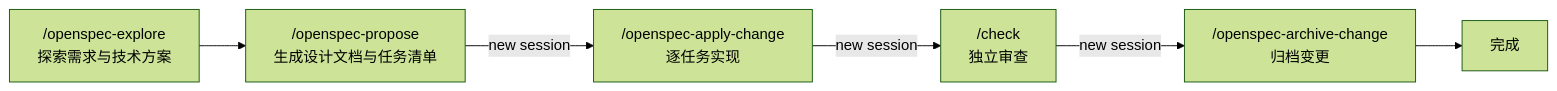
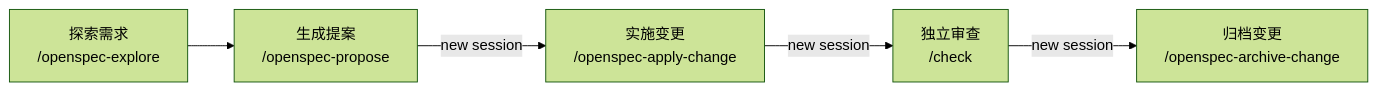
One commit to OiAnthony/dotfiles changed the diagram in README.md. Above: the diagram before and after it, drawn with Mermaid (forest theme). The commit also changed other lines of this file and 4 other files, not shown here.

````diff
--- a/README.md
+++ b/README.md
@@ -95,8 +86,10 @@
 ```mermaid
-graph LR
-    A["/openspec-explore<br/>探索需求与技术方案"] --> B["/openspec-propose<br/>生成设计文档与任务清单"]
-    B -->|new session| C["/openspec-apply-change<br/>逐任务实现"]
-    C -->|new session| D["/check<br/>独立审查"]
-    D --> |new session| E["/openspec-archive-change<br/>归档变更"]
-    E --> F[完成]
+flowchart LR
+    accTitle: OpenSpec 复杂变更工作流
+    accDescr: 从探索需求开始，依次生成提案、实施变更、独立审查，最后归档。
+
+    A[探索需求<br/>/openspec-explore] --> B[生成提案<br/>/openspec-propose]
+    B -->|new session| C[实施变更<br/>/openspec-apply-change]
+    C -->|new session| D[独立审查<br/>/check]
+    D -->|new session| E[归档变更<br/>/openspec-archive-change]
 ```
````
